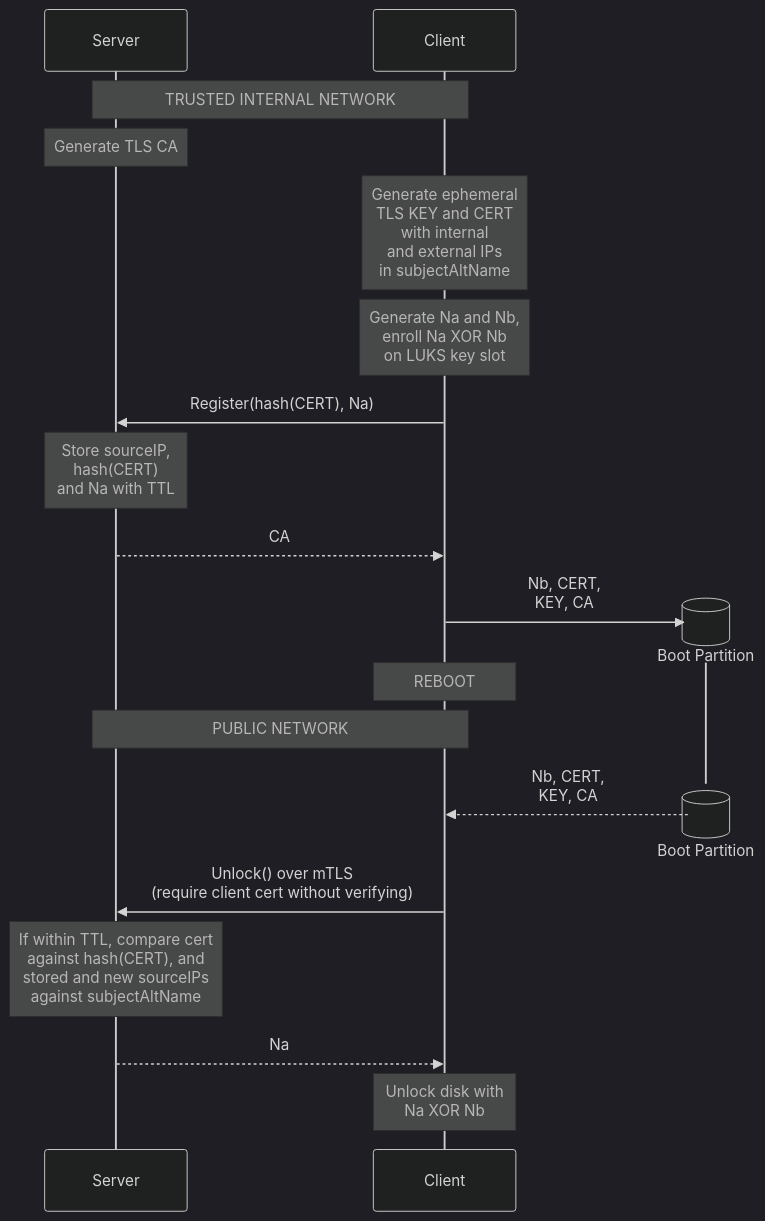
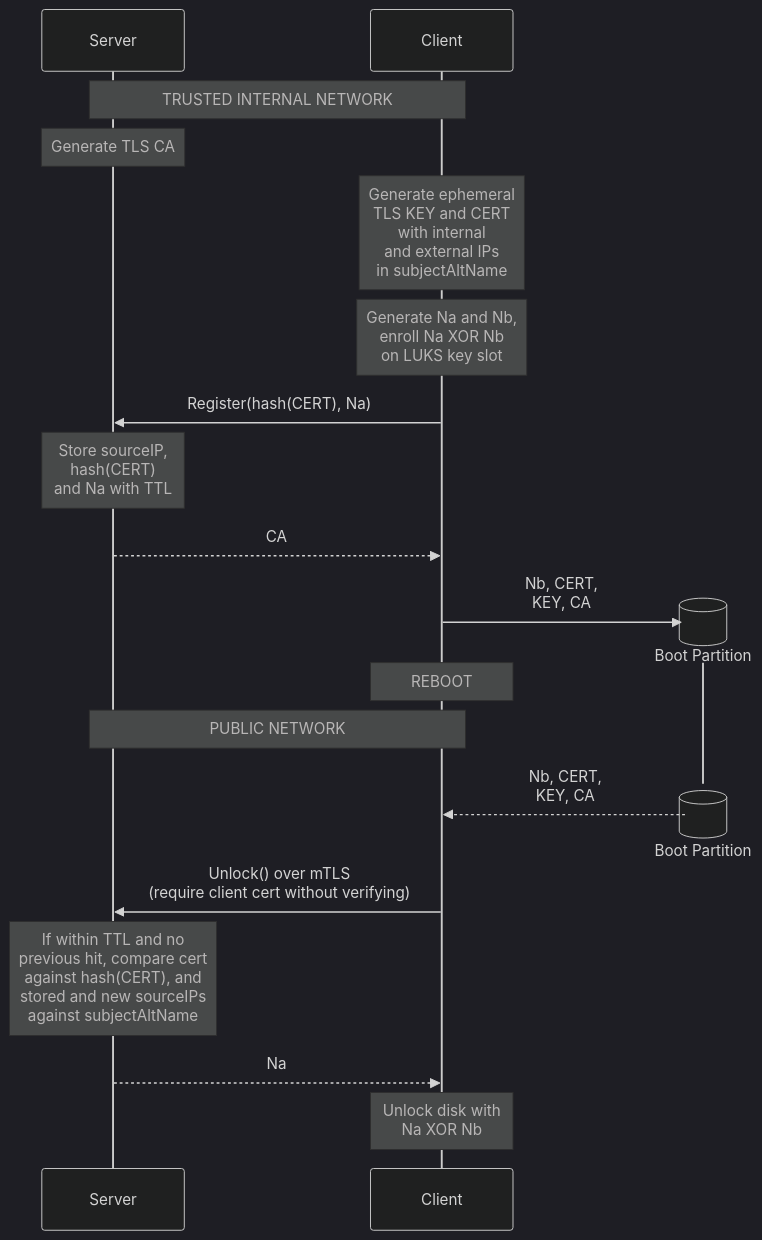
Before and after one commit to luishfonseca/network-unlock: the diagram in README.md, drawn with Mermaid (dark theme).

Commit message:
chore: clarify server certificate comparison note in README

````diff
--- a/README.md
+++ b/README.md
@@ -2,22 +2,22 @@
 ```mermaid
 sequenceDiagram
     participant Server
     participant Client
     Note over Client,Server: TRUSTED INTERNAL NETWORK
     Note over Server: Generate TLS CA
     Note over Client: Generate ephemeral<br>TLS KEY and CERT<br> with internal<br>and external IPs<br>in subjectAltName
     Note over Client: Generate Na and Nb,<br>enroll Na XOR Nb<br>on LUKS key slot
     Client->>Server: Register(hash(CERT), Na)
     Note over Server: Store sourceIP,<br>hash(CERT)<br>and Na with TTL
     Server-->>Client: CA
     create participant Boot@{ "type" : "database" } as Boot Partition
     Client->>Boot: Nb, CERT,<br> KEY, CA
     Note over Client: REBOOT
     Note over Client,Server: PUBLIC NETWORK
     destroy Boot
     Boot-->>Client: Nb, CERT,<br>  KEY, CA
     Client->>Server: Unlock() over mTLS<br>(require client cert without verifying)
-    Note over Server: If within TTL, compare cert<br>against hash(CERT), and<br>stored and new sourceIPs<br>against subjectAltName
+    Note over Server: If within TTL and no<br>previous hit, compare cert<br>against hash(CERT), and<br>stored and new sourceIPs<br>against subjectAltName
     Server-->>Client: Na
     Note over Client: Unlock disk with<br>Na XOR Nb
 ```
````
